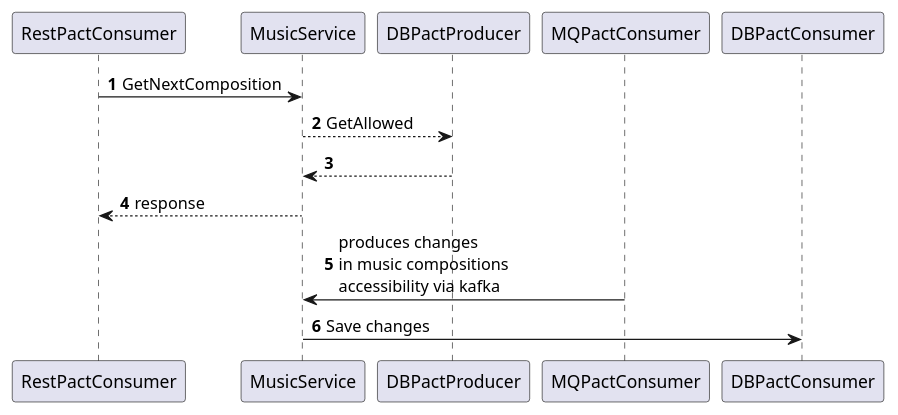
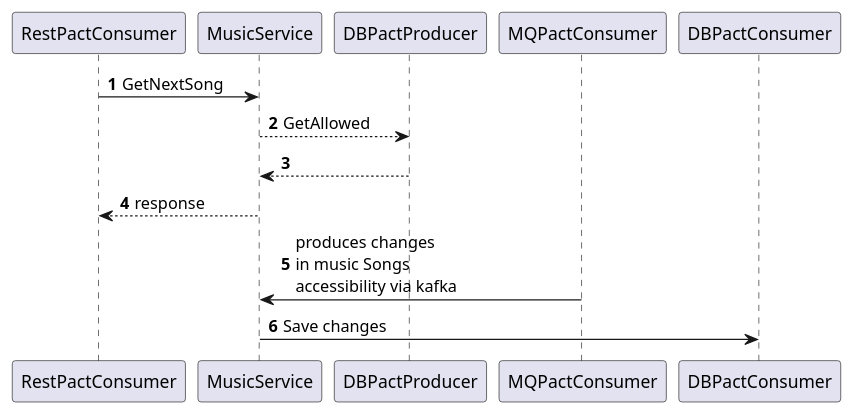
The diagram in docs/pact-testing.puml (wgdetective/pact-example), drawn with PlantUML before and after one commit. The commit also changed 24 other files, not shown here.

Commit message:
Music service rest and db impl + docker compose

```diff
--- a/docs/pact-testing.puml
+++ b/docs/pact-testing.puml
@@ -1,13 +1,13 @@
 @startuml
 'https://plantuml.com/sequence-diagram
 
 autonumber
 
-RestPactConsumer -> MusicService: GetNextComposition
+RestPactConsumer -> MusicService: GetNextSong
 MusicService --> DBPactProducer : GetAllowed
 MusicService <-- DBPactProducer
 RestPactConsumer <-- MusicService  : response
 
-MusicService <- MQPactConsumer: produces changes \nin music compositions \naccessibility via kafka
+MusicService <- MQPactConsumer: produces changes \nin music Songs \naccessibility via kafka
 MusicService -> DBPactConsumer : Save changes
 @enduml
```
